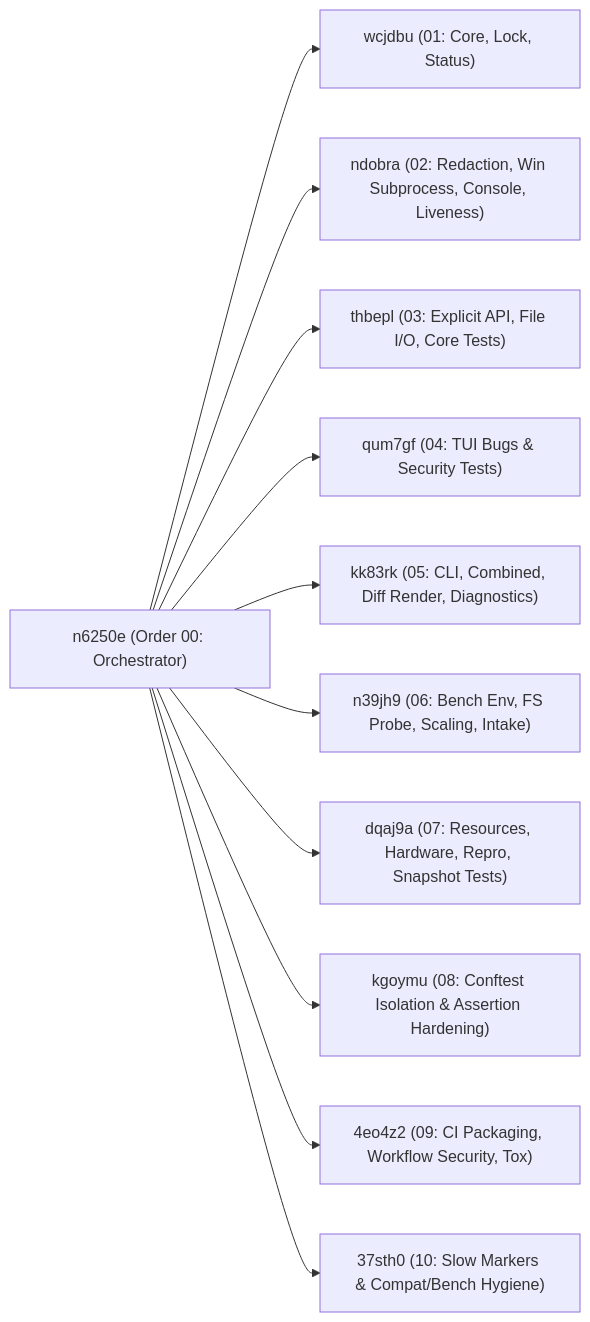
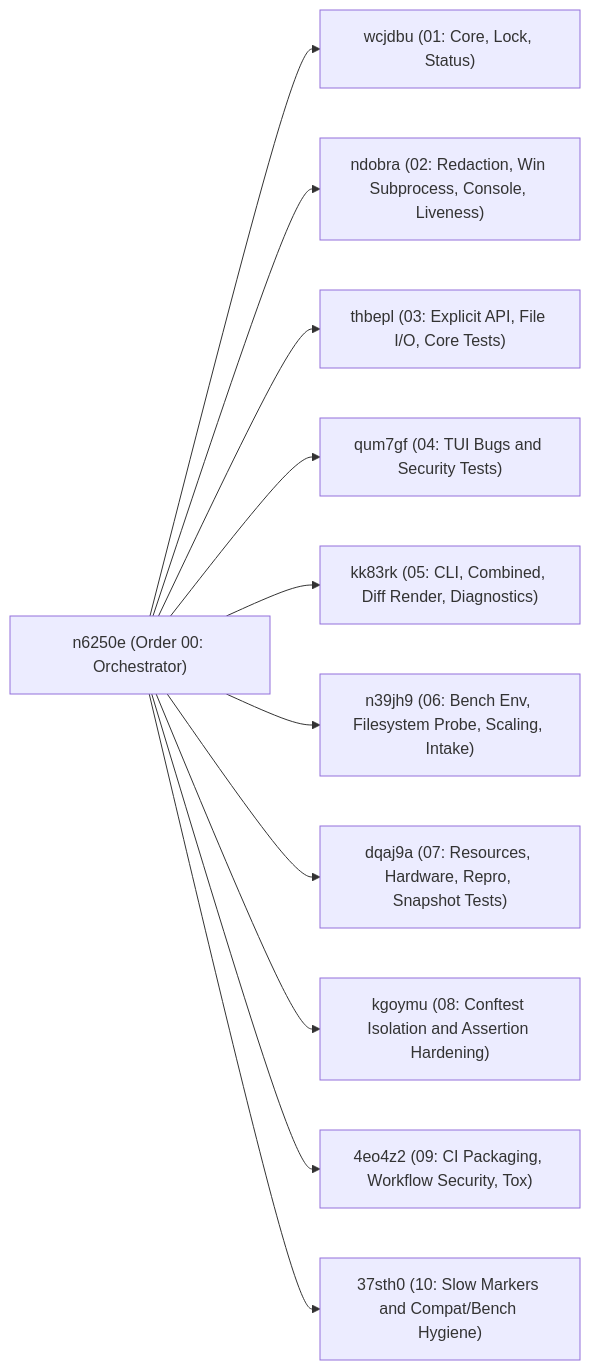
One commit to fariello/pubrun changed the diagram in .aw/records/plans/pending/20261127-assess-bt-00-n6250e-bugs-and-testing-assessment-rollup-post-assess-8l.ipd.md. Above: the diagram before and after it, drawn with Mermaid. The commit also changed other lines of this file and 1 other file, not shown here.

````diff
--- a/.aw/records/plans/pending/20261127-assess-bt-00-n6250e-bugs-and-testing-assessment-rollup-post-assess-8l.ipd.md
+++ b/.aw/records/plans/pending/20261127-assess-bt-00-n6250e-bugs-and-testing-assessment-rollup-post-assess-8l.ipd.md
@@ -36,25 +40,25 @@
 ```mermaid
 flowchart LR
     ORCH["n6250e (Order 00: Orchestrator)"]
     C01["wcjdbu (01: Core, Lock, Status)"]
     C02["ndobra (02: Redaction, Win Subprocess, Console, Liveness)"]
     C03["thbepl (03: Explicit API, File I/O, Core Tests)"]
-    C04["qum7gf (04: TUI Bugs & Security Tests)"]
+    C04["qum7gf (04: TUI Bugs and Security Tests)"]
     C05["kk83rk (05: CLI, Combined, Diff Render, Diagnostics)"]
-    C06["n39jh9 (06: Bench Env, FS Probe, Scaling, Intake)"]
+    C06["n39jh9 (06: Bench Env, Filesystem Probe, Scaling, Intake)"]
     C07["dqaj9a (07: Resources, Hardware, Repro, Snapshot Tests)"]
-    C08["kgoymu (08: Conftest Isolation & Assertion Hardening)"]
+    C08["kgoymu (08: Conftest Isolation and Assertion Hardening)"]
     C09["4eo4z2 (09: CI Packaging, Workflow Security, Tox)"]
-    C10["37sth0 (10: Slow Markers & Compat/Bench Hygiene)"]
+    C10["37sth0 (10: Slow Markers and Compat/Bench Hygiene)"]
 
     ORCH --> C01
     ORCH --> C02
     ORCH --> C03
     ORCH --> C04
     ORCH --> C05
     ORCH --> C06
     ORCH --> C07
     ORCH --> C08
     ORCH --> C09
     ORCH --> C10
 ```
````
